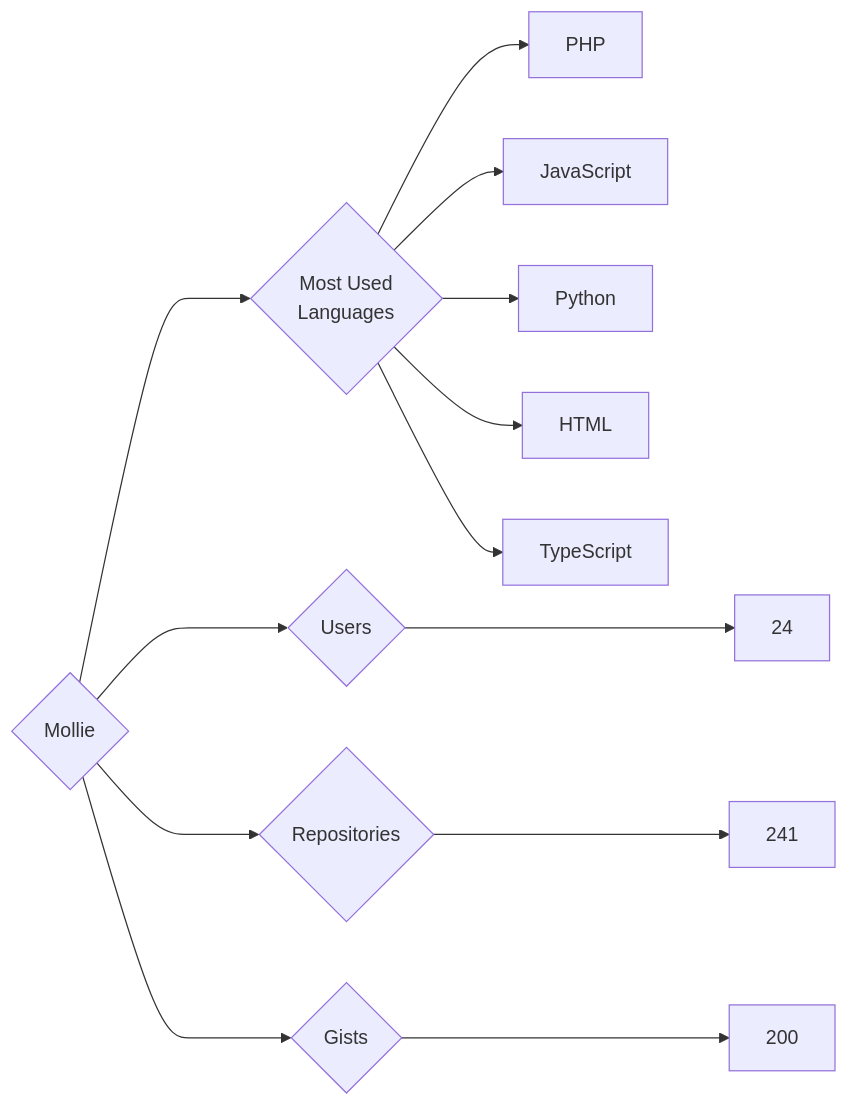
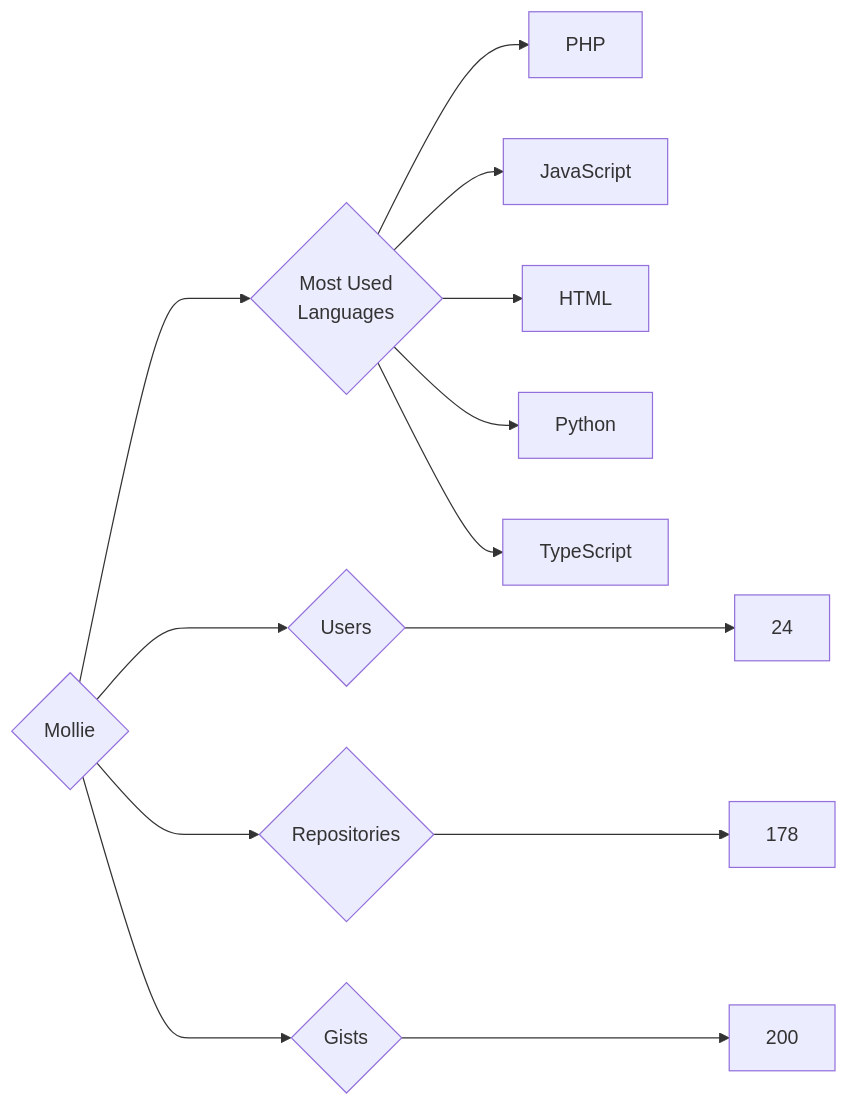
Before and after one commit to trickest/insiders: the diagram in targets/Mollie/README.md, drawn with Mermaid. The commit also changed 912 other files, not shown here.

````diff
--- a/targets/Mollie/README.md
+++ b/targets/Mollie/README.md
@@ -3,13 +3,13 @@
 ```mermaid
 graph LR
 COMPANY_NAME{Mollie}
 COMPANY_NAME ---> U{Users} ---> UN[24]
-COMPANY_NAME ---> R{Repositories} ---> RN[241]
+COMPANY_NAME ---> R{Repositories} ---> RN[178]
 COMPANY_NAME ---> G{Gists} ---> GN[200]
 COMPANY_NAME ---> ML{Most Used<br>Languages}
 ML --> PHP[PHP]
 ML --> JavaScript[JavaScript]
+ML --> HTML[HTML]
 ML --> Python[Python]
-ML --> HTML[HTML]
 ML --> TypeScript[TypeScript]
 ```
````
